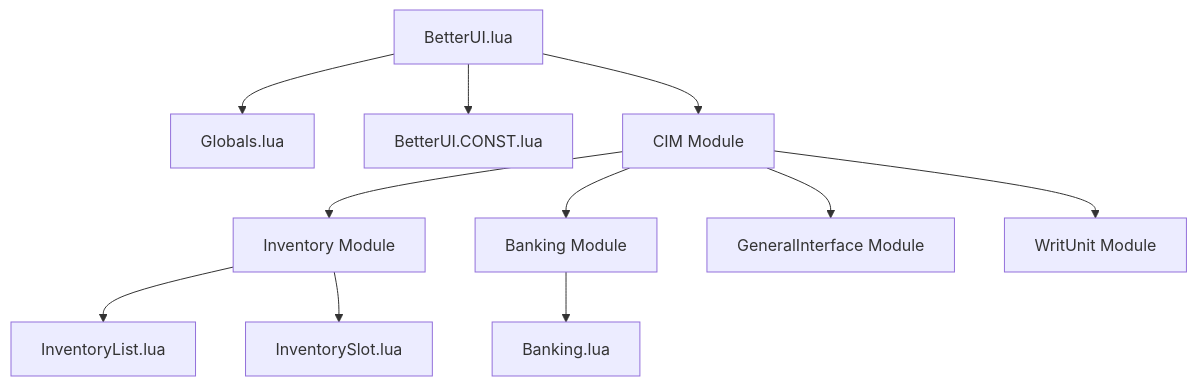
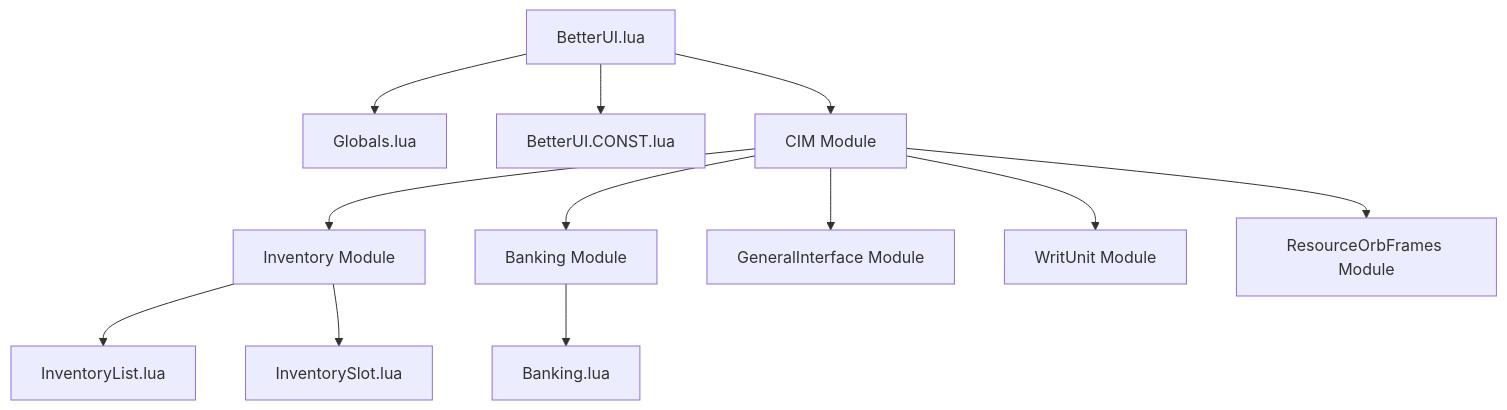
The first of 2 diagrams in docs/ARCHITECTURE.md (goobsnake/BetterUI), drawn with Mermaid before and after one commit. The commit also changed other lines of this file and 1 other file, not shown here.

First line of the commit message:
docs: update architecture with ResourceOrbFrames module and layout info

````diff
--- a/docs/ARCHITECTURE.md
+++ b/docs/ARCHITECTURE.md
@@ -246,13 +249,14 @@
 ```mermaid
 graph TD
     A[BetterUI.lua] --> B[Globals.lua]
     A --> C[BetterUI.CONST.lua]
     A --> D[CIM Module]
     D --> E[Inventory Module]
     D --> F[Banking Module]
     D --> G[GeneralInterface Module]
     D --> H[WritUnit Module]
+    D --> L[ResourceOrbFrames Module]
     E --> I[InventoryList.lua]
     E --> J[InventorySlot.lua]
     F --> K[Banking.lua]
 ```
````
